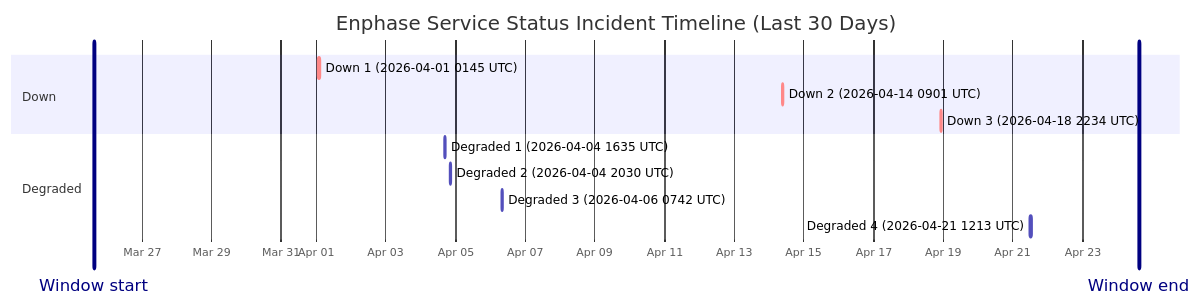
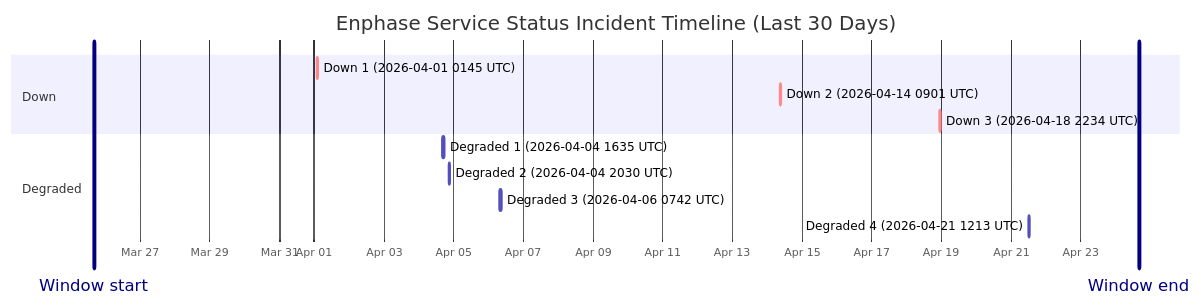
The diagram in wiki/Service-Status-History.md (barneyonline/ha-enphase-ev-charger), drawn with Mermaid before and after one commit. The commit also changed other lines of this file and 3 other files, not shown here.

````diff
--- a/wiki/Service-Status-History.md
+++ b/wiki/Service-Status-History.md
@@ -14,17 +14,17 @@
 ```mermaid
 gantt
     title Enphase Service Status Incident Timeline (Last 30 Days)
     dateFormat  YYYY-MM-DDTHH:mm:ss
     axisFormat  %b %d
-    Window start :vert, window-start, 2026-03-25T14:53:05, 0ms
-    Window end :vert, window-end, 2026-04-24T14:53:05, 0ms
+    Window start :vert, window-start, 2026-03-25T16:03:57, 0ms
+    Window end :vert, window-end, 2026-04-24T16:03:57, 0ms
     section Down
     Down 1 (2026-04-01 0145 UTC) :crit, down-1, 2026-04-01T01:45:09, 60m
     Down 2 (2026-04-14 0901 UTC) :crit, down-2, 2026-04-14T09:01:13, 60m
     Down 3 (2026-04-18 2234 UTC) :crit, down-3, 2026-04-18T22:34:13, 60m
     section Degraded
     Degraded 1 (2026-04-04 1635 UTC) :active, degraded-1, 2026-04-04T16:35:17, 60m
     Degraded 2 (2026-04-04 2030 UTC) :active, degraded-2, 2026-04-04T20:30:40, 60m
     Degraded 3 (2026-04-06 0742 UTC) :active, degraded-3, 2026-04-06T07:42:09, 85m
     Degraded 4 (2026-04-21 1213 UTC) :active, degraded-4, 2026-04-21T12:13:11, 60m
 ```
````
